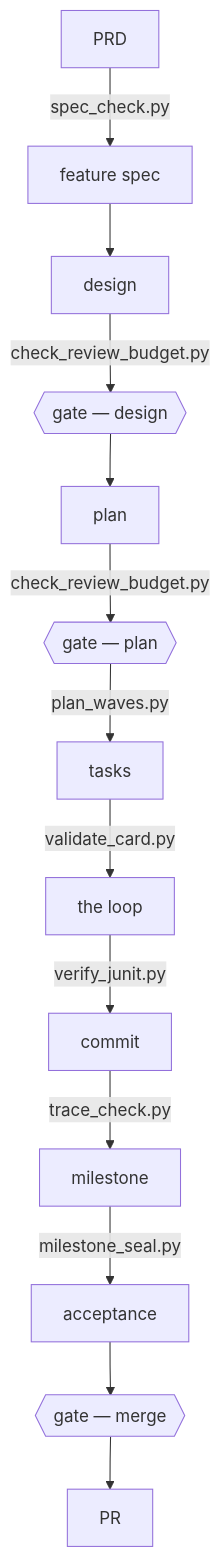
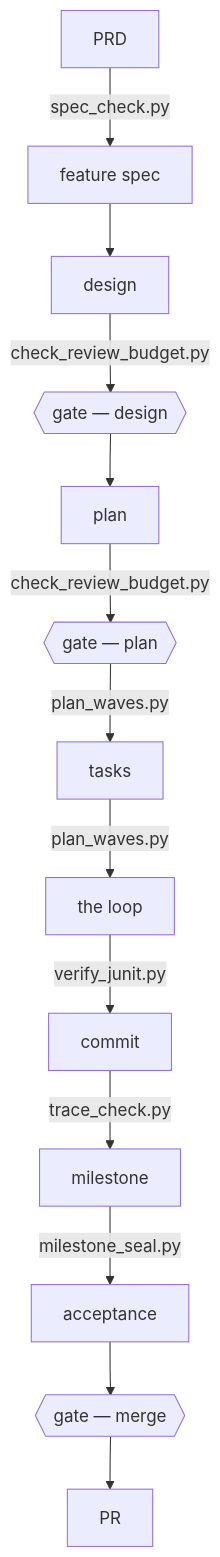
The diagram in install/skills/execution-methodology/SKILL.md (peeyushchoudhary/agent-toolchain), drawn with Mermaid before and after one commit. The commit also changed other lines of this file and 32 other files, not shown here.

````diff
--- a/install/skills/execution-methodology/SKILL.md
+++ b/install/skills/execution-methodology/SKILL.md
@@ -14,15 +15,15 @@
 ```mermaid
 flowchart TD
     PRD["PRD"] -- "spec_check.py" --> SPEC["feature spec"]
     SPEC --> DESIGN["design"]
     DESIGN -- "check_review_budget.py" --> G1{{"gate — design"}}
     G1 --> PLAN["plan"]
     PLAN -- "check_review_budget.py" --> G2{{"gate — plan"}}
     G2 -- "plan_waves.py" --> TASKS["tasks"]
-    TASKS -- "validate_card.py" --> LOOP["the loop"]
+    TASKS -- "plan_waves.py" --> LOOP["the loop"]
     LOOP -- "verify_junit.py" --> COMMIT["commit"]
     COMMIT -- "trace_check.py" --> MILESTONE["milestone"]
     MILESTONE -- "milestone_seal.py" --> ACCEPT["acceptance"]
     ACCEPT --> G3{{"gate — merge"}}
     G3 --> PR["PR"]
 ```
````
